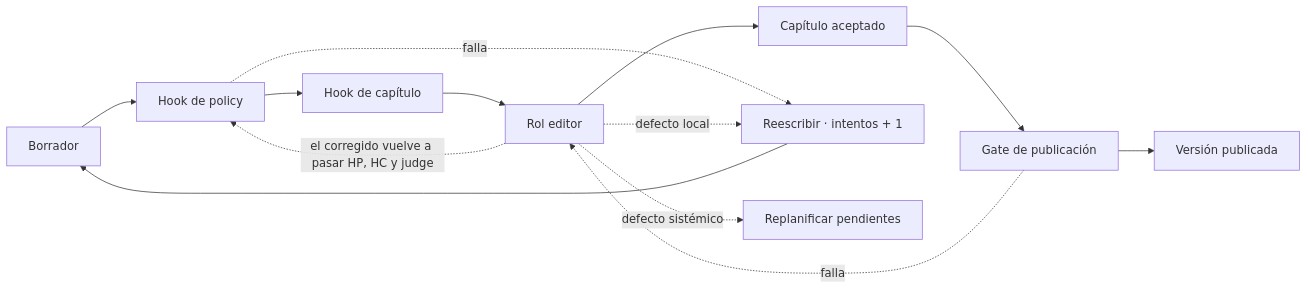
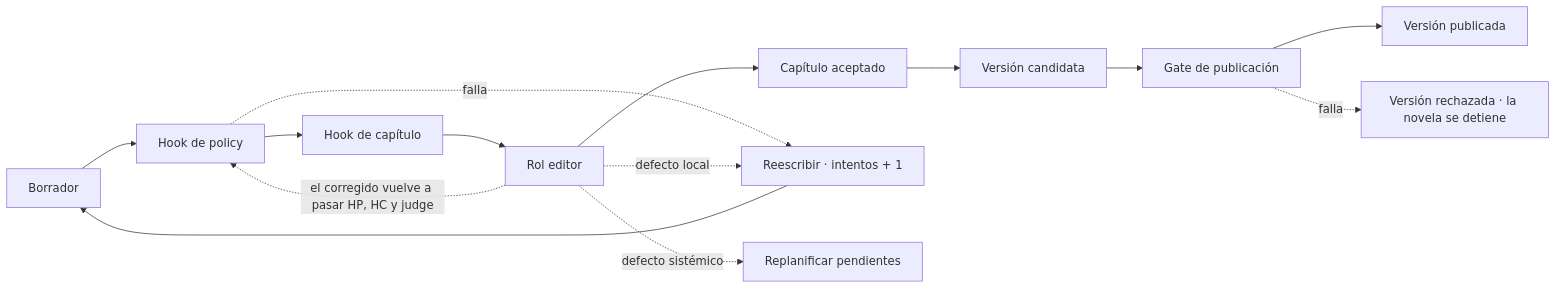
The third of 10 diagrams in docs/architecture.md (BrunoCrz3/MyStory), drawn with Mermaid before and after one commit. The commit also changed other lines of this file and 7 other files, not shown here.

First line of the commit message:
Cambiar el contrato a 1.2.0: la versión nace candidata y solo se publica con el gate completo

````diff
--- a/docs/architecture.md
+++ b/docs/architecture.md
@@ -321,15 +321,16 @@
 ```mermaid
 flowchart LR
   BOR[Borrador] --> HP[Hook de policy]
   HP --> HC[Hook de capítulo]
   HC --> ED[Rol editor]
   ED --> ACP[Capítulo aceptado]
-  ACP --> GT[Gate de publicación]
+  ACP --> CAN[Versión candidata]
+  CAN --> GT[Gate de publicación]
   GT --> PUB[Versión publicada]
   HP -.->|falla| REW[Reescribir · intentos + 1]
   ED -.->|el corregido vuelve a pasar HP, HC y judge| HP
   ED -.->|defecto local| REW
   ED -.->|defecto sistémico| RPL[Replanificar pendientes]
-  GT -.->|falla| ED
+  GT -.->|falla| RCH[Versión rechazada · la novela se detiene]
   REW --> BOR
 ```
````
